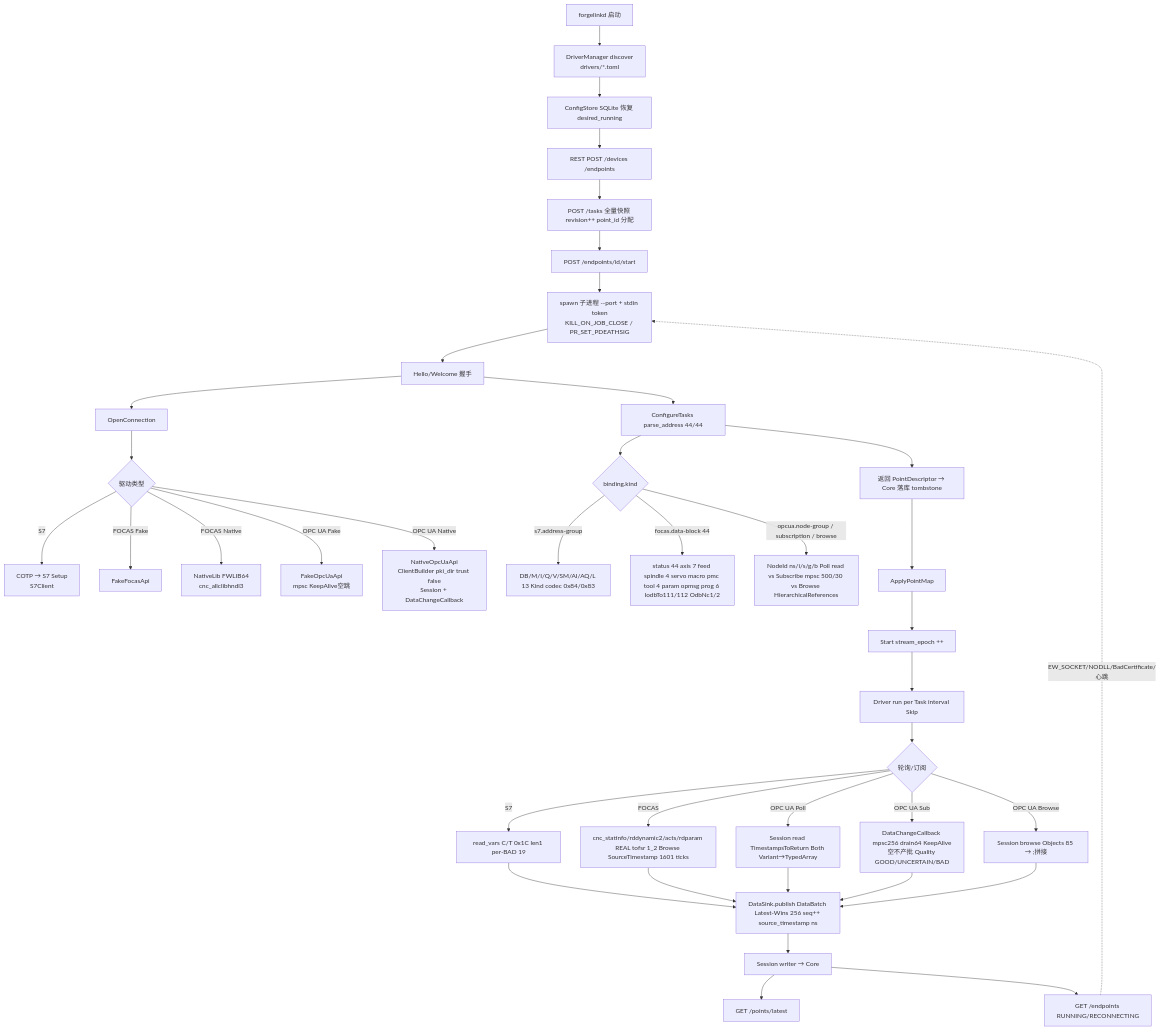
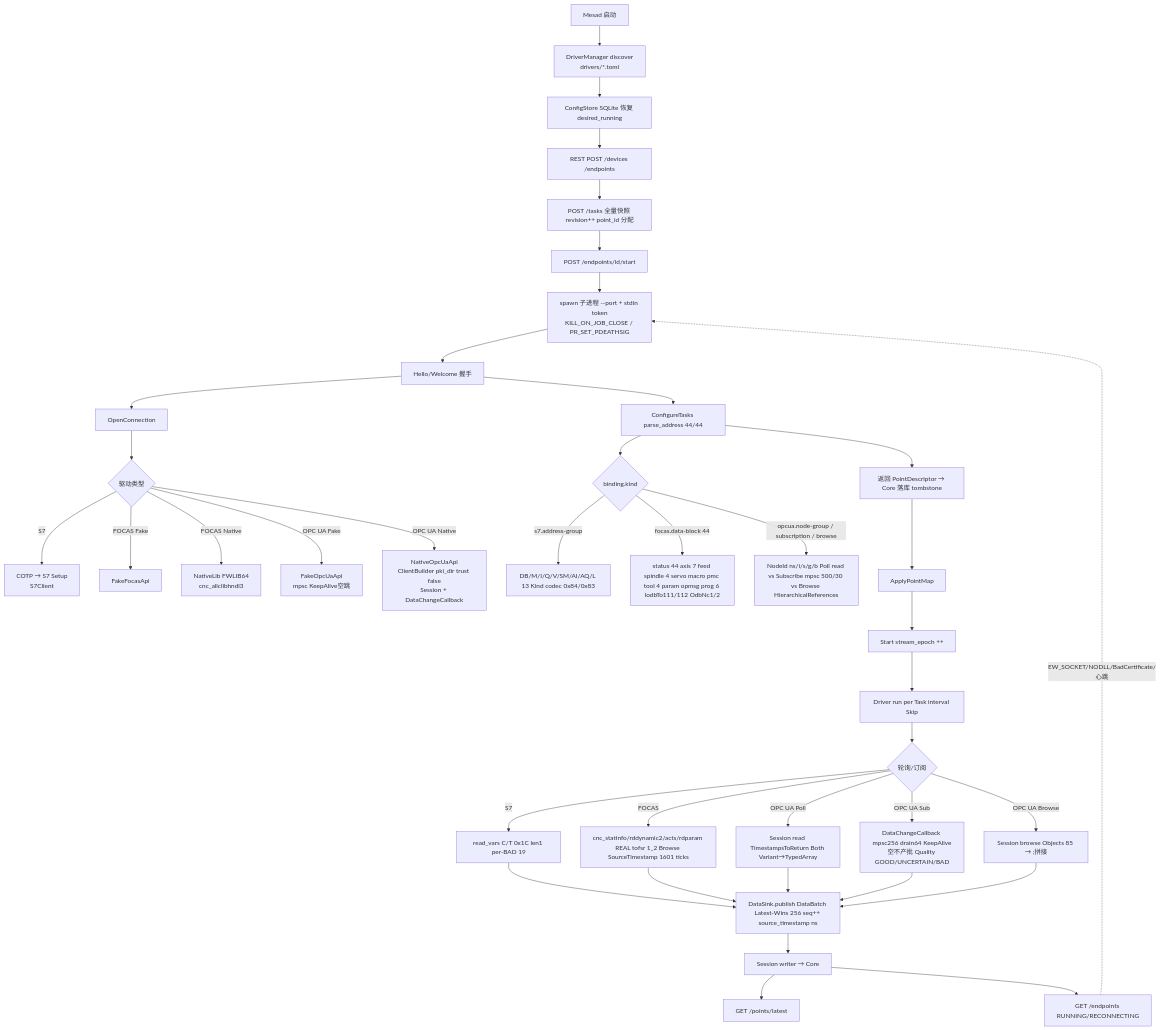
One commit to dooooling/mesa changed the diagram in docs/flowchart.md. Above: the diagram before and after it, drawn with Mermaid. The commit also changed other lines of this file and 88 other files, not shown here.

````diff
--- a/docs/flowchart.md
+++ b/docs/flowchart.md
@@ -6,42 +6,42 @@
 ```mermaid
 flowchart TD
-  A[forgelinkd 启动] --> B[DriverManager discover<br/>drivers/*.toml]
+  A[Mesad 启动] --> B[DriverManager discover<br/>drivers/*.toml]
   B --> C[ConfigStore SQLite 恢复 desired_running]
   C --> D[REST POST /devices /endpoints]
   D --> E[POST /tasks 全量快照 revision++ point_id 分配]
   E --> F[POST /endpoints/id/start]
   F --> G[spawn 子进程 --port + stdin token<br/>KILL_ON_JOB_CLOSE / PR_SET_PDEATHSIG]
   G --> H[Hello/Welcome 握手]
   H --> I[OpenConnection]
   I --> I1{驱动类型}
    I1 -->|S7| I_S7[COTP → S7 Setup<br/>S7Client]
    I1 -->|FOCAS Fake| I_FF[FakeFocasApi]
    I1 -->|FOCAS Native| I_FN[NativeLib FWLIB64<br/>cnc_allclibhndl3]
    I1 -->|OPC UA Fake| I_OF[FakeOpcUaApi<br/>mpsc KeepAlive空跳]
    I1 -->|OPC UA Native| I_ON[NativeOpcUaApi<br/>ClientBuilder pki_dir trust false<br/>Session + DataChangeCallback]
     H --> J[ConfigureTasks parse_address 44/44]
    J --> J1{binding.kind}
     J1 -->|s7.address-group| J_S7[DB/M/I/Q/V/SM/AI/AQ/L 13 Kind codec 0x84/0x83]
     J1 -->|focas.data-block 44| J_F[status 44 axis 7 feed spindle 4 servo macro pmc tool 4 param opmsg prog 6 IodbTo111/112 OdbNc1/2]
     J1 -->|opcua.node-group / subscription / browse| J_O[NodeId ns/i/s/g/b Poll read vs Subscribe mpsc 500/30 vs Browse HierarchicalReferences]
    J --> K[返回 PointDescriptor → Core 落库 tombstone]
    K --> L[ApplyPointMap]
    L --> M[Start stream_epoch ++]
    M --> N[Driver run per Task interval Skip]
    N --> N1{轮询/订阅}
     N1 -->|S7| R_S7[read_vars C/T 0x1C len1 per-BAD 19]
     N1 -->|FOCAS| R_F[cnc_statinfo/rddynamic2/acts/rdparam REAL tofsr 1_2 Browse SourceTimestamp 1601 ticks]
     N1 -->|OPC UA Poll| R_OP[Session read TimestampsToReturn Both Variant→TypedArray]
     N1 -->|OPC UA Sub| R_OS[DataChangeCallback mpsc256 drain64 KeepAlive空不产批 Quality GOOD/UNCERTAIN/BAD]
     N1 -->|OPC UA Browse| R_OB[Session browse Objects 85 → ;拼接]
     R_S7 --> O
     R_F --> O
     R_OP --> O
     R_OS --> O
     R_OB --> O
    O[DataSink.publish DataBatch Latest-Wins 256 seq++ source_timestamp ns]
   O --> P[Session writer → Core]
   P --> Q[GET /points/latest]
   P --> R[GET /endpoints RUNNING/RECONNECTING]
    R -.->|EW_SOCKET/NODLL/BadCertificate/心跳| G
 ```
````
